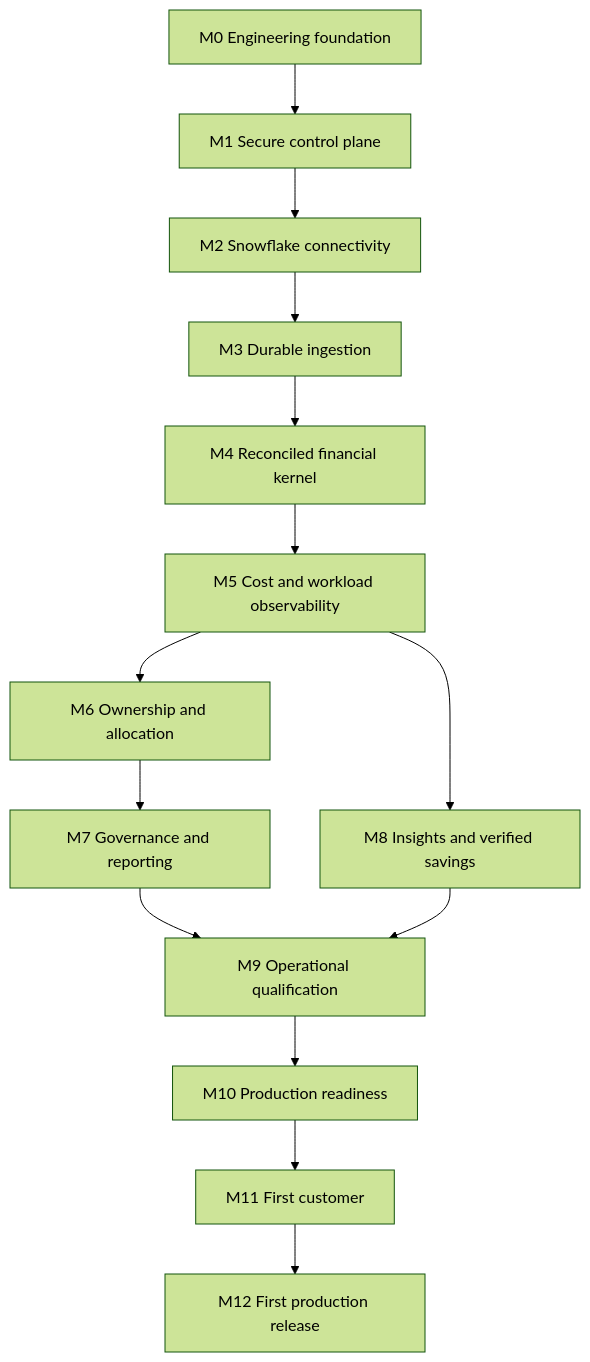
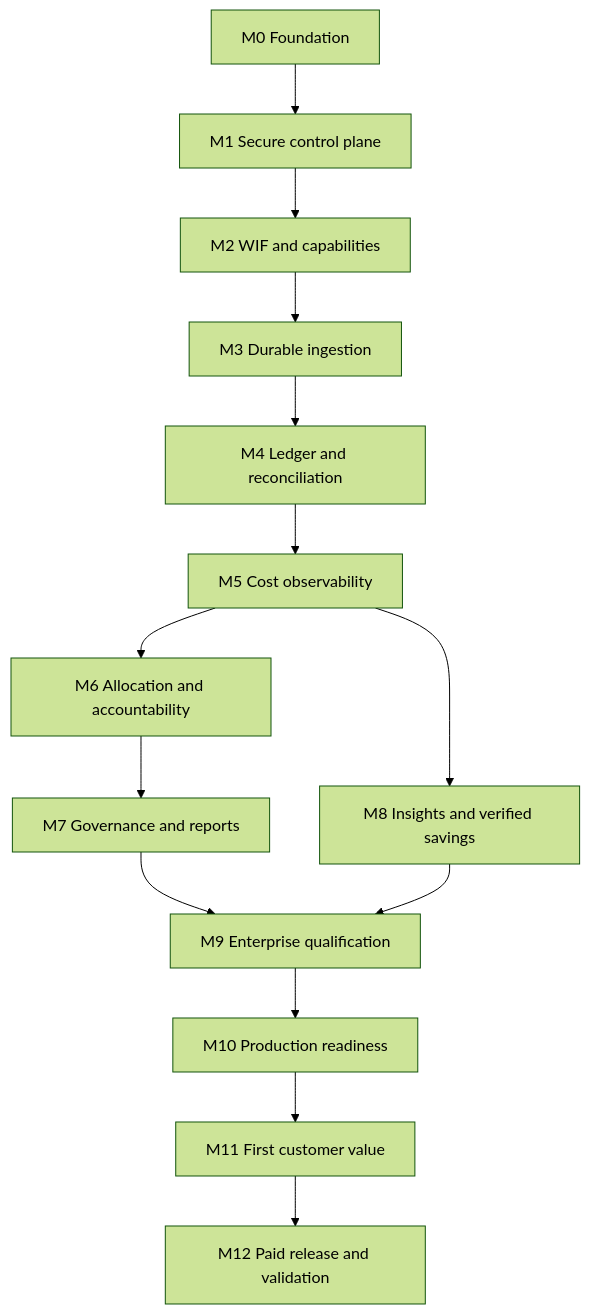
One commit to belaidcherfa/Data-Bridge-SaaS-SPECS-FULL changed the diagram in DEPENDENCY_GRAPH.md. Above: the diagram before and after it, drawn with Mermaid (forest theme). The commit also changed other lines of this file, not shown here.

````diff
--- a/DEPENDENCY_GRAPH.md
+++ b/DEPENDENCY_GRAPH.md
@@ -5,16 +5,16 @@
 ```mermaid
 flowchart TD
-  M0["M0 Engineering foundation"] --> M1["M1 Secure control plane"]
-  M1 --> M2["M2 Snowflake connectivity"]
+  M0["M0 Foundation"] --> M1["M1 Secure control plane"]
+  M1 --> M2["M2 WIF and capabilities"]
   M2 --> M3["M3 Durable ingestion"]
-  M3 --> M4["M4 Reconciled financial kernel"]
-  M4 --> M5["M5 Cost and workload observability"]
-  M5 --> M6["M6 Ownership and allocation"]
-  M6 --> M7["M7 Governance and reporting"]
+  M3 --> M4["M4 Ledger and reconciliation"]
+  M4 --> M5["M5 Cost observability"]
+  M5 --> M6["M6 Allocation and accountability"]
+  M6 --> M7["M7 Governance and reports"]
   M5 --> M8["M8 Insights and verified savings"]
-  M7 --> M9["M9 Operational qualification"]
+  M7 --> M9["M9 Enterprise qualification"]
   M8 --> M9
   M9 --> M10["M10 Production readiness"]
-  M10 --> M11["M11 First customer"]
-  M11 --> M12["M12 First production release"]
+  M10 --> M11["M11 First customer value"]
+  M11 --> M12["M12 Paid release and validation"]
 ```
````
